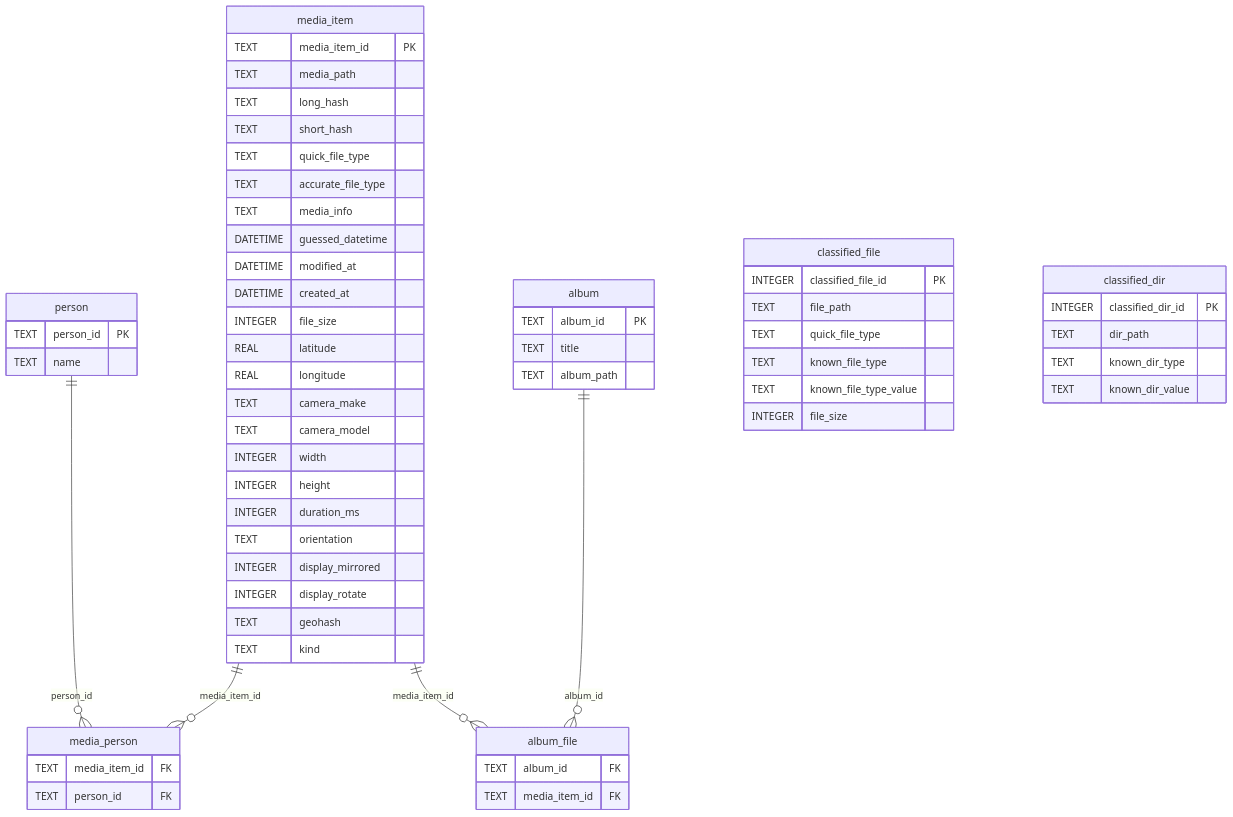
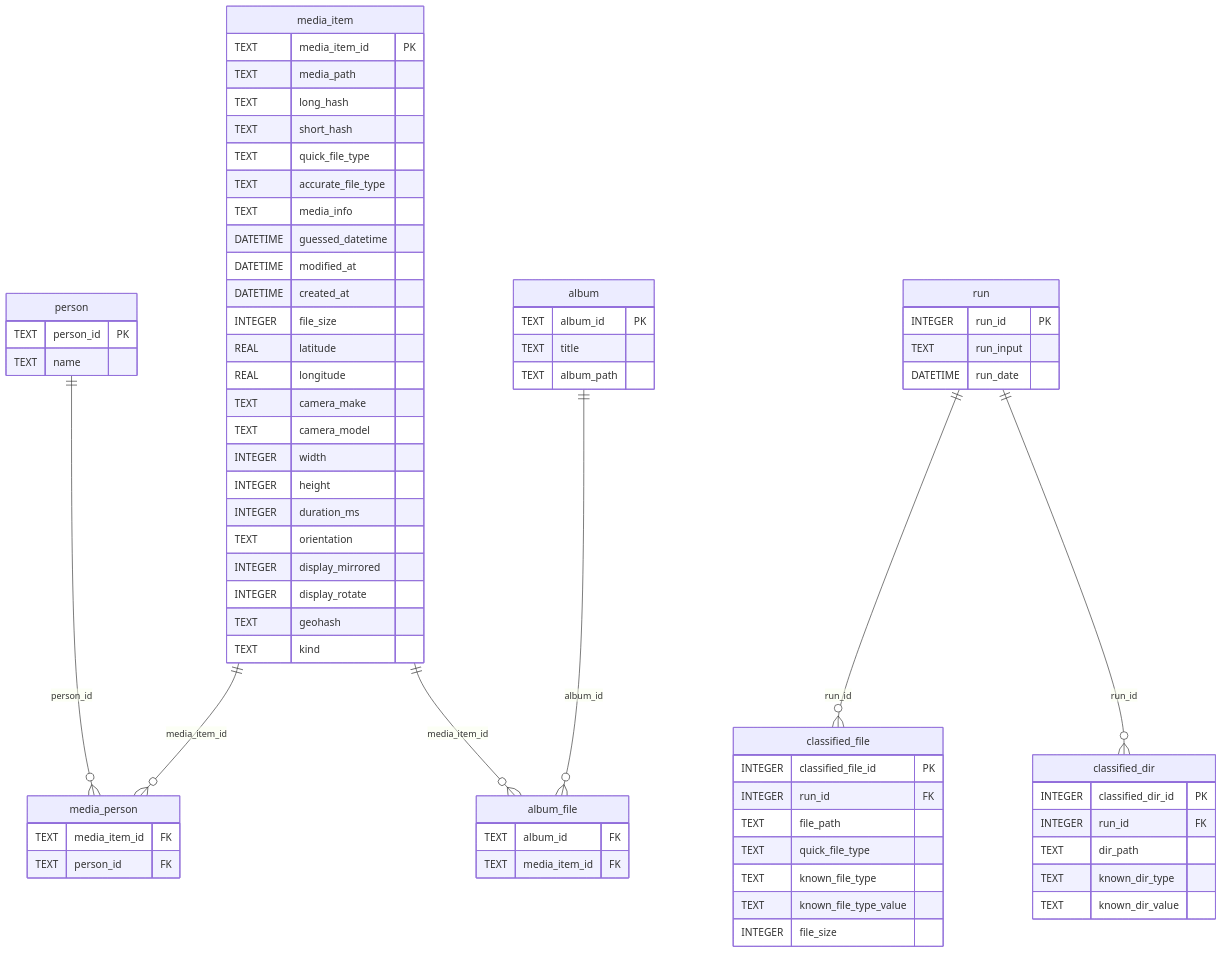
The diagram in docs/db-schema.md (paultuckey/ptsync), drawn with Mermaid before and after one commit. The commit also changed 24 other files, not shown here.

````diff
--- a/docs/db-schema.md
+++ b/docs/db-schema.md
@@ -6,63 +6,72 @@
 ```mermaid
 erDiagram
     media_item ||--o{ media_person : "media_item_id"
     person ||--o{ media_person : "person_id"
     album ||--o{ album_file : "album_id"
     media_item ||--o{ album_file : "media_item_id"
+    run ||--o{ classified_file : "run_id"
+    run ||--o{ classified_dir : "run_id"
     media_item {
         TEXT media_item_id PK
         TEXT media_path
         TEXT long_hash
         TEXT short_hash
         TEXT quick_file_type
         TEXT accurate_file_type
         TEXT media_info
         DATETIME guessed_datetime
         DATETIME modified_at
         DATETIME created_at
         INTEGER file_size
         REAL latitude
         REAL longitude
         TEXT camera_make
         TEXT camera_model
         INTEGER width
         INTEGER height
         INTEGER duration_ms
         TEXT orientation
         INTEGER display_mirrored
         INTEGER display_rotate
         TEXT geohash
         TEXT kind
     }
     person {
         TEXT person_id PK
         TEXT name
     }
     media_person {
         TEXT media_item_id FK
         TEXT person_id FK
     }
     album {
         TEXT album_id PK
         TEXT title
         TEXT album_path
     }
     album_file {
         TEXT album_id FK
         TEXT media_item_id FK
     }
+    run {
+        INTEGER run_id PK
+        TEXT run_input
+        DATETIME run_date
+    }
     classified_file {
         INTEGER classified_file_id PK
+        INTEGER run_id FK
         TEXT file_path
         TEXT quick_file_type
         TEXT known_file_type
         TEXT known_file_type_value
         INTEGER file_size
     }
     classified_dir {
         INTEGER classified_dir_id PK
+        INTEGER run_id FK
         TEXT dir_path
         TEXT known_dir_type
         TEXT known_dir_value
     }
 ```
````
